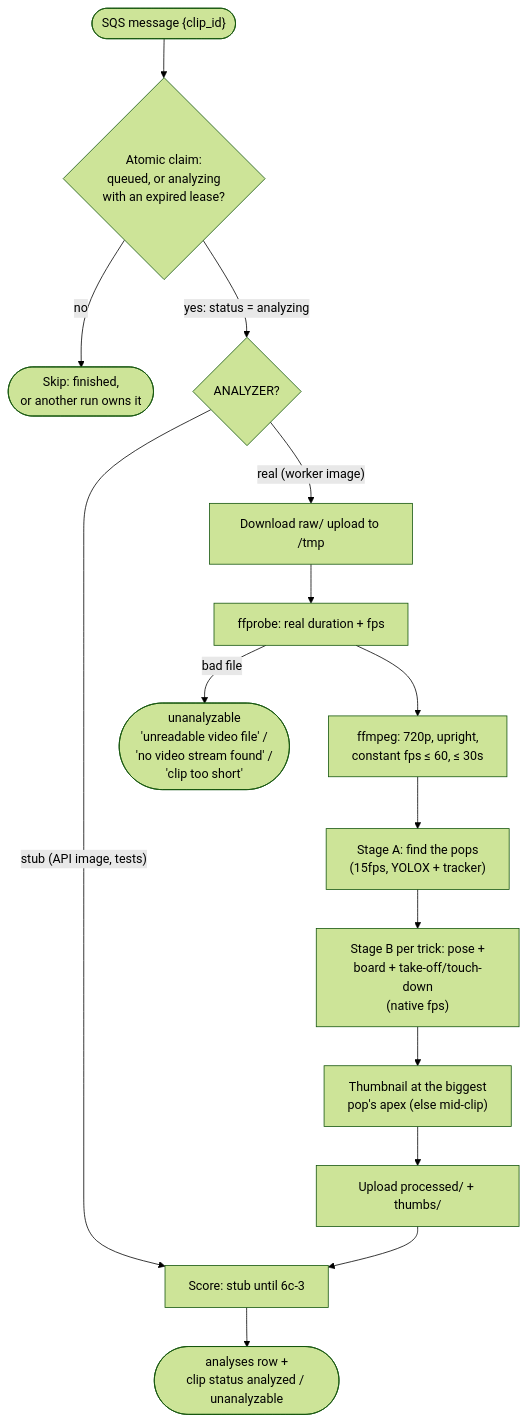
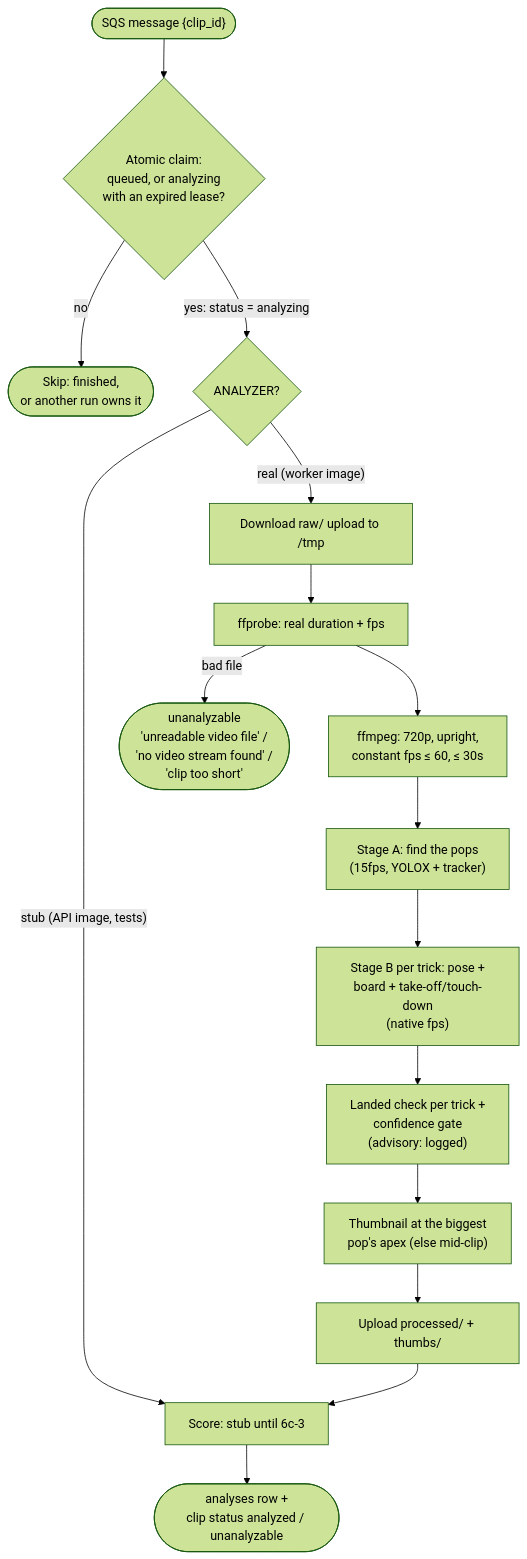
Before and after one commit to NickPalceski/TrickLens: the first of 2 diagrams in docs/components/analyzer.md, drawn with Mermaid (forest theme). The commit also changed other lines of this file and 14 other files, not shown here.

First line of the commit message:
Step 6c-2: landed check + confidence gate (advisory)

````diff
--- a/docs/components/analyzer.md
+++ b/docs/components/analyzer.md
@@ -16,25 +17,26 @@
 ```mermaid
 flowchart TD
     msg(["SQS message {clip_id}"])
     claim{"Atomic claim:<br/>queued, or analyzing<br/>with an expired lease?"}
     skip(["Skip: finished,<br/>or another run owns it"])
     mode{"ANALYZER?"}
     dl["Download raw/ upload to /tmp"]
     probe["ffprobe: real duration + fps"]
     bad(["unanalyzable<br/>'unreadable video file' /<br/>'no video stream found' /<br/>'clip too short'"])
     tx["ffmpeg: 720p, upright,<br/>constant fps ≤ 60, ≤ 30s"]
     sa["Stage A: find the pops<br/>(15fps, YOLOX + tracker)"]
     sb["Stage B per trick: pose +<br/>board + take-off/touch-down<br/>(native fps)"]
+    gt["Landed check per trick +<br/>confidence gate<br/>(advisory: logged)"]
     thumb["Thumbnail at the biggest<br/>pop's apex (else mid-clip)"]
     up["Upload processed/ + thumbs/"]
     score["Score: stub until 6c-3"]
     write(["analyses row +<br/>clip status analyzed / unanalyzable"])
 
     msg --> claim
     claim -- no --> skip
     claim -- "yes: status = analyzing" --> mode
     mode -- "stub (API image, tests)" --> score
     mode -- "real (worker image)" --> dl --> probe
     probe -- "bad file" --> bad
-    probe --> tx --> sa --> sb --> thumb --> up --> score --> write
+    probe --> tx --> sa --> sb --> gt --> thumb --> up --> score --> write
 ```
````
